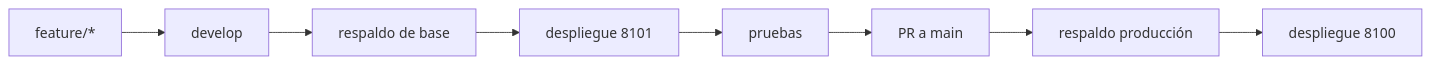
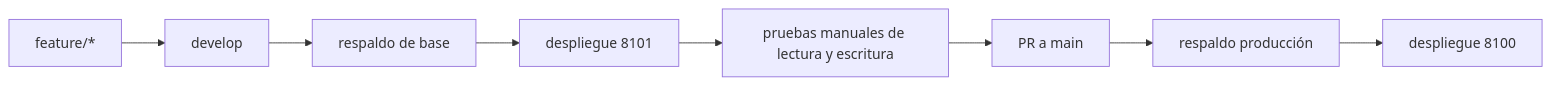
The diagram in docs/DEPLOYMENT.md (tito9903-byte/netdoc), drawn with Mermaid before and after one commit. The commit also changed other lines of this file, not shown here.

````diff
--- a/docs/DEPLOYMENT.md
+++ b/docs/DEPLOYMENT.md
@@ -7,4 +7,4 @@
 ```mermaid
 flowchart LR
- F[feature/*] --> D[develop] --> B[respaldo de base] --> DEV[despliegue 8101] --> T[pruebas] --> M[PR a main] --> BP[respaldo producción] --> P[despliegue 8100]
+ F[feature/*] --> D[develop] --> B[respaldo de base] --> DEV[despliegue 8101] --> T[pruebas manuales de lectura y escritura] --> M[PR a main] --> BP[respaldo producción] --> P[despliegue 8100]
 ```
````
